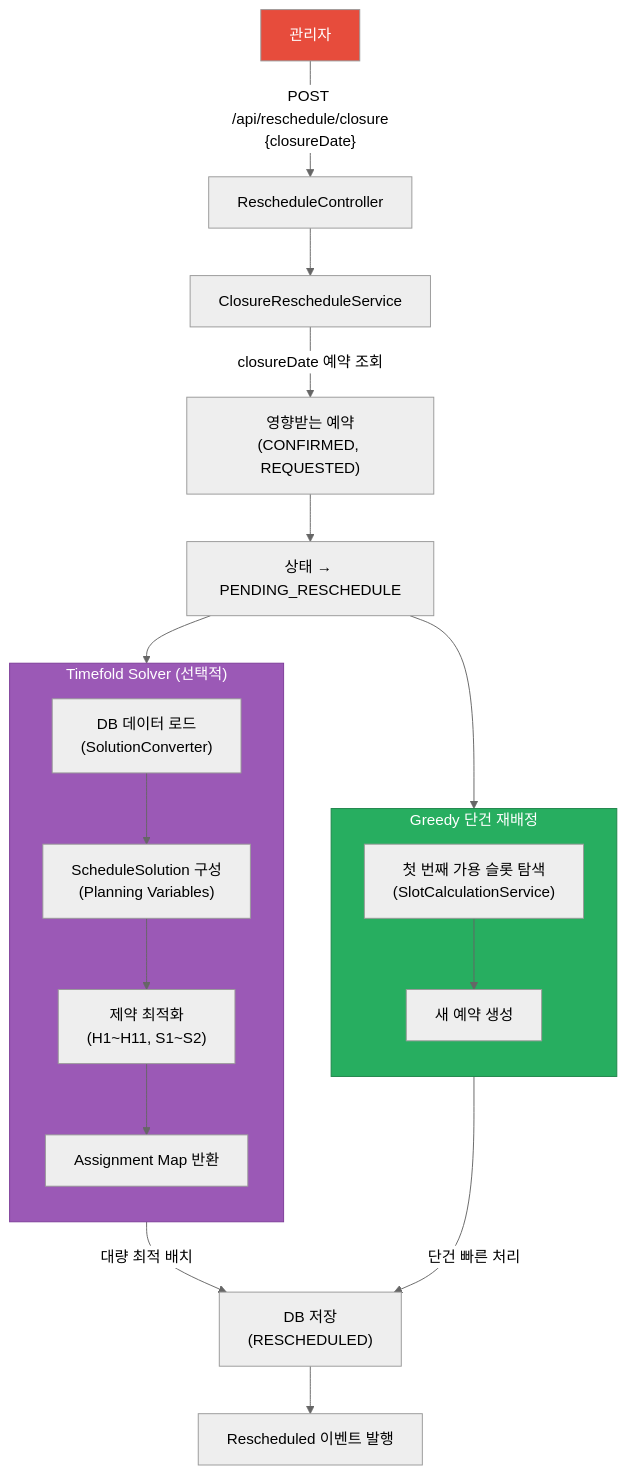
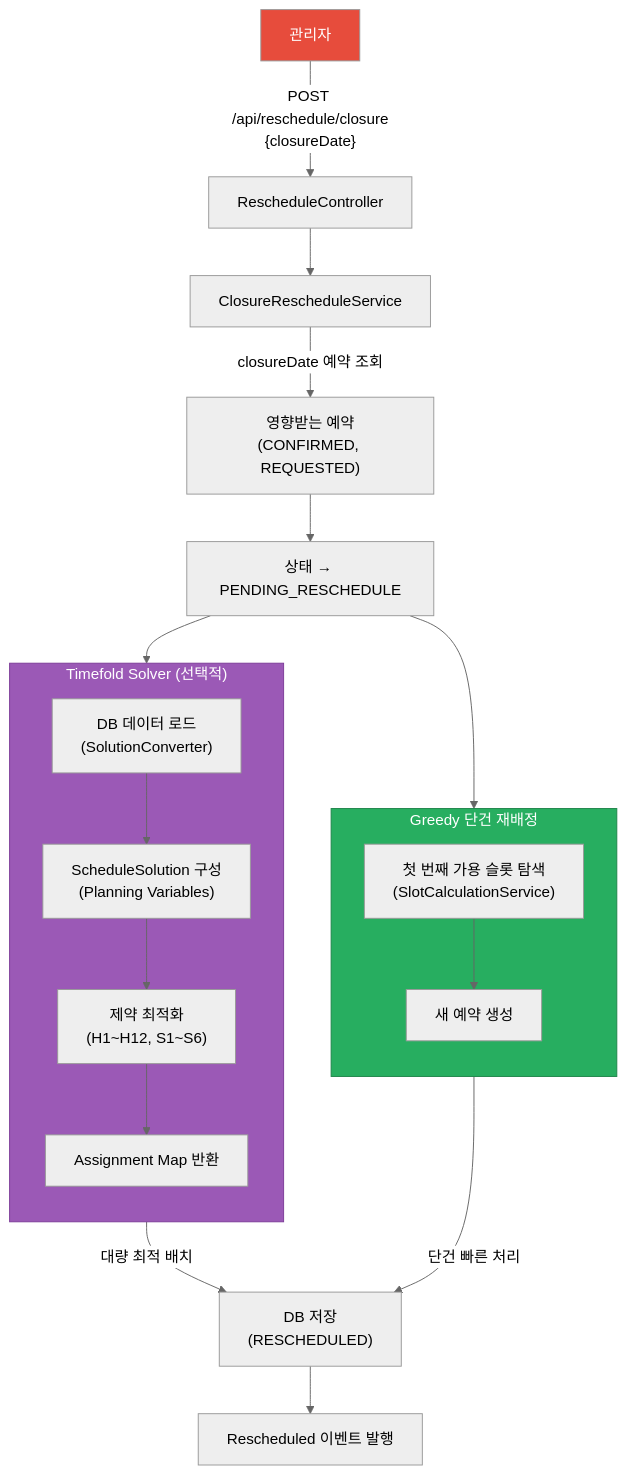
The third of 6 diagrams in docs/requirements/data-flow.md (bluetape4k/clinic-appointment), drawn with Mermaid (neutral theme) before and after one commit. The commit also changed 31 other files, not shown here.

First line of the commit message:
docs: align clinic appointment README diagrams with current domain contracts

````diff
--- a/docs/requirements/data-flow.md
+++ b/docs/requirements/data-flow.md
@@ -50,30 +50,30 @@
 ```mermaid
 flowchart TD
     ADMIN["관리자"] -->|"POST /api/reschedule/closure\n{closureDate}"| API["RescheduleController"]
     API --> CRS["ClosureRescheduleService"]
 
     CRS -->|"closureDate 예약 조회"| AFFECTED["영향받는 예약\n(CONFIRMED, REQUESTED)"]
     AFFECTED --> MARK["상태 → PENDING_RESCHEDULE"]
 
     subgraph Solver["Timefold Solver (선택적)"]
         direction TB
         LOAD["DB 데이터 로드\n(SolutionConverter)"] --> PLAN["ScheduleSolution 구성\n(Planning Variables)"]
-        PLAN --> OPT["제약 최적화\n(H1~H11, S1~S2)"]
+        PLAN --> OPT["제약 최적화\n(H1~H12, S1~S6)"]
         OPT --> RESULT["Assignment Map 반환"]
     end
 
     subgraph Greedy["Greedy 단건 재배정"]
         direction TB
         FIRST["첫 번째 가용 슬롯 탐색\n(SlotCalculationService)"] --> ASSIGN["새 예약 생성"]
     end
 
     MARK --> Solver
     MARK --> Greedy
     Solver -->|"대량 최적 배치"| SAVE["DB 저장\n(RESCHEDULED)"]
     Greedy -->|"단건 빠른 처리"| SAVE
     SAVE --> EVT["Rescheduled 이벤트 발행"]
 
     style ADMIN fill:#E74C3C,color:#fff
     style Solver fill:#9B59B6,color:#fff,stroke:#7D3C98
     style Greedy fill:#27AE60,color:#fff,stroke:#1E8449
 ```
````
